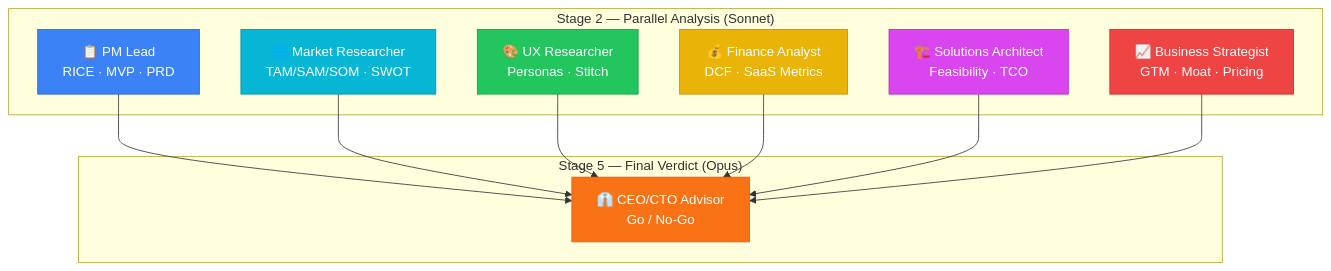
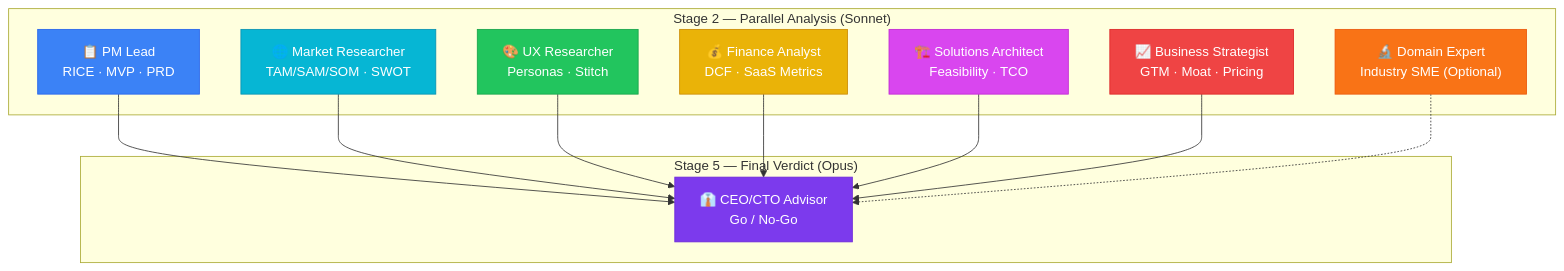
One commit to ebnrdwan/GangPlugin changed the second of 2 diagrams in README.md. Above: the diagram before and after it, drawn with Mermaid. The commit also changed other lines of this file and 11 other files, not shown here.

First line of the commit message:
feat: add Domain Expert, GO Package deliverables, and /gang reinit

````diff
--- a/README.md
+++ b/README.md
@@ -104,30 +106,33 @@
 ```mermaid
 graph TB
     subgraph "Stage 2 — Parallel Analysis (Sonnet)"
         PM["📋 PM Lead<br/>RICE · MVP · PRD"]
         MR["🌐 Market Researcher<br/>TAM/SAM/SOM · SWOT"]
         UX["🎨 UX Researcher<br/>Personas · Stitch"]
         FA["💰 Finance Analyst<br/>DCF · SaaS Metrics"]
         SA["🏗️ Solutions Architect<br/>Feasibility · TCO"]
         BS["📈 Business Strategist<br/>GTM · Moat · Pricing"]
+        DE["🔬 Domain Expert<br/>Industry SME (Optional)"]
     end
 
     subgraph "Stage 5 — Final Verdict (Opus)"
         CEO["👔 CEO/CTO Advisor<br/>Go / No-Go"]
     end
 
     PM --> CEO
     MR --> CEO
     UX --> CEO
     FA --> CEO
     SA --> CEO
     BS --> CEO
+    DE -.-> CEO
 
     style PM fill:#3b82f6,stroke:#2563eb,color:#fff
     style MR fill:#06b6d4,stroke:#0891b2,color:#fff
     style UX fill:#22c55e,stroke:#16a34a,color:#fff
     style FA fill:#eab308,stroke:#ca8a04,color:#fff
     style SA fill:#d946ef,stroke:#c026d3,color:#fff
     style BS fill:#ef4444,stroke:#dc2626,color:#fff
-    style CEO fill:#f97316,stroke:#ea580c,color:#fff
+    style DE fill:#f97316,stroke:#ea580c,color:#fff
+    style CEO fill:#7c3aed,stroke:#6d28d9,color:#fff
 ```
````
